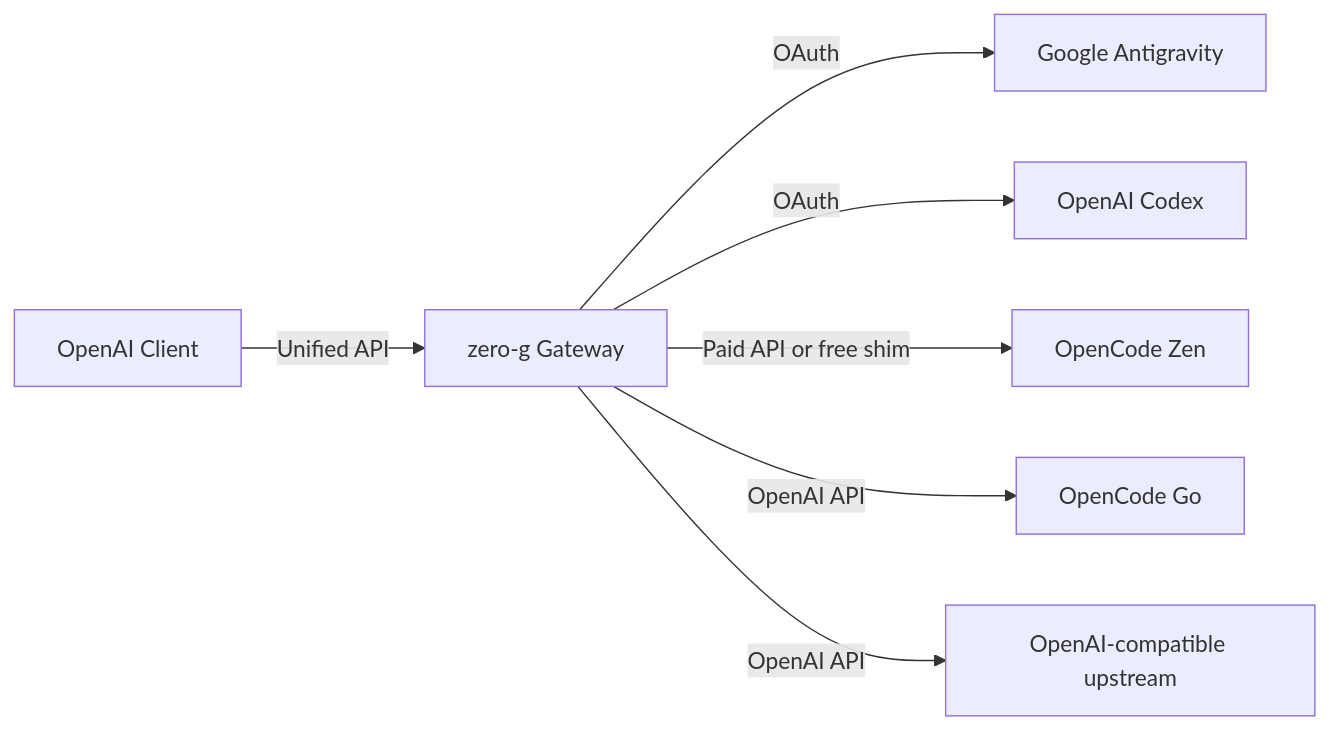
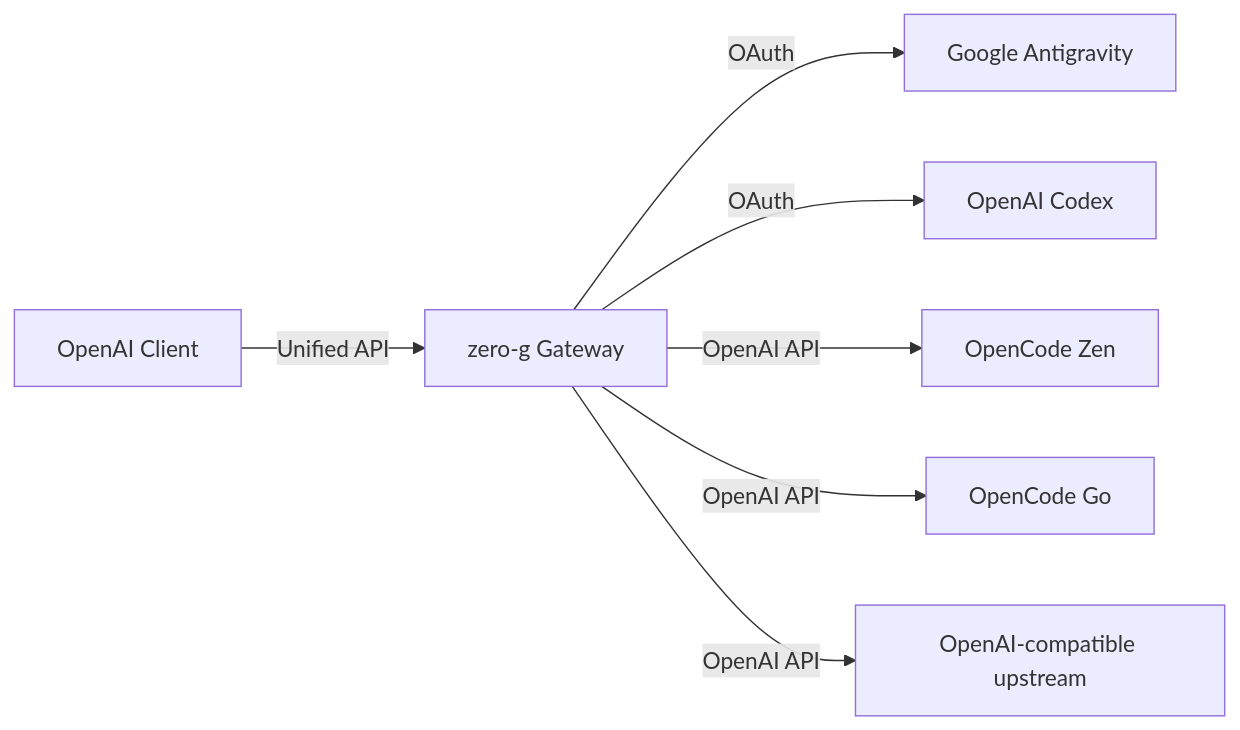
The diagram in README.md (Delnegend/zero-g), drawn with Mermaid before and after one commit. The commit also changed 28 other files, not shown here.

First line of the commit message:
refactor(zen): forward requests to the official API

````diff
--- a/README.md
+++ b/README.md
@@ -64,9 +64,9 @@
 ```mermaid
 flowchart LR
     Client[OpenAI Client] -->|Unified API| ZeroG[zero-g Gateway]
     ZeroG -->|OAuth| CCA[Google Antigravity]
     ZeroG -->|OAuth| Codex[OpenAI Codex]
-    ZeroG -->|Paid API or free shim| Zen[OpenCode Zen]
+    ZeroG -->|OpenAI API| Zen[OpenCode Zen]
     ZeroG -->|OpenAI API| Go[OpenCode Go]
     ZeroG -->|OpenAI API| Custom[OpenAI-compatible upstream]
 ```
````
